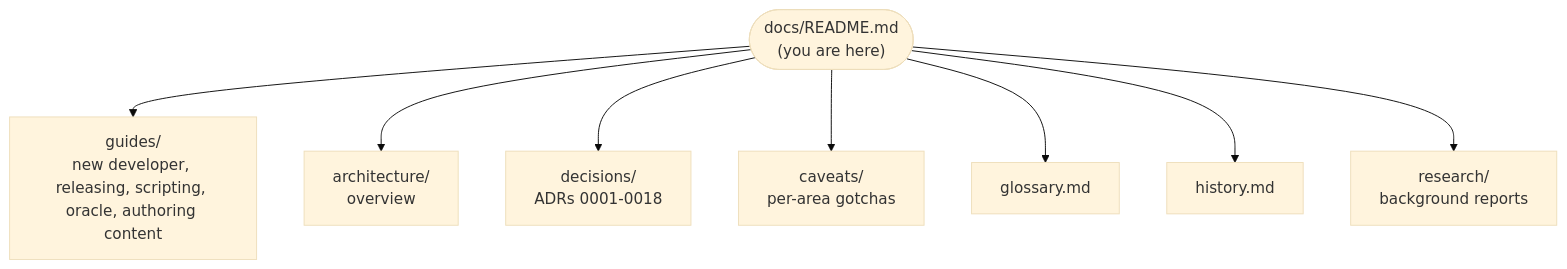
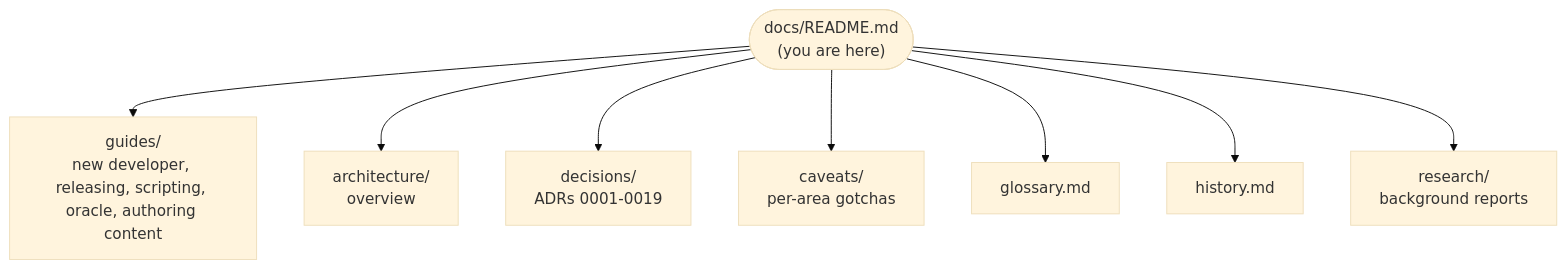
One commit to joebarbere/controls changed the diagram in docs/README.md. Above: the diagram before and after it, drawn with Mermaid (base theme). The commit also changed other lines of this file and 3 other files, not shown here.

````diff
--- a/docs/README.md
+++ b/docs/README.md
@@ -5,11 +5,11 @@
 ```mermaid
 flowchart TD
     HUB(["docs/README.md<br/>(you are here)"])
     HUB --> G["guides/<br/>new developer, releasing, scripting, oracle, authoring content"]
     HUB --> A["architecture/<br/>overview"]
-    HUB --> D["decisions/<br/>ADRs 0001-0018"]
+    HUB --> D["decisions/<br/>ADRs 0001-0019"]
     HUB --> C["caveats/<br/>per-area gotchas"]
     HUB --> GL["glossary.md"]
     HUB --> H["history.md"]
     HUB --> R["research/<br/>background reports"]
 ```
````
